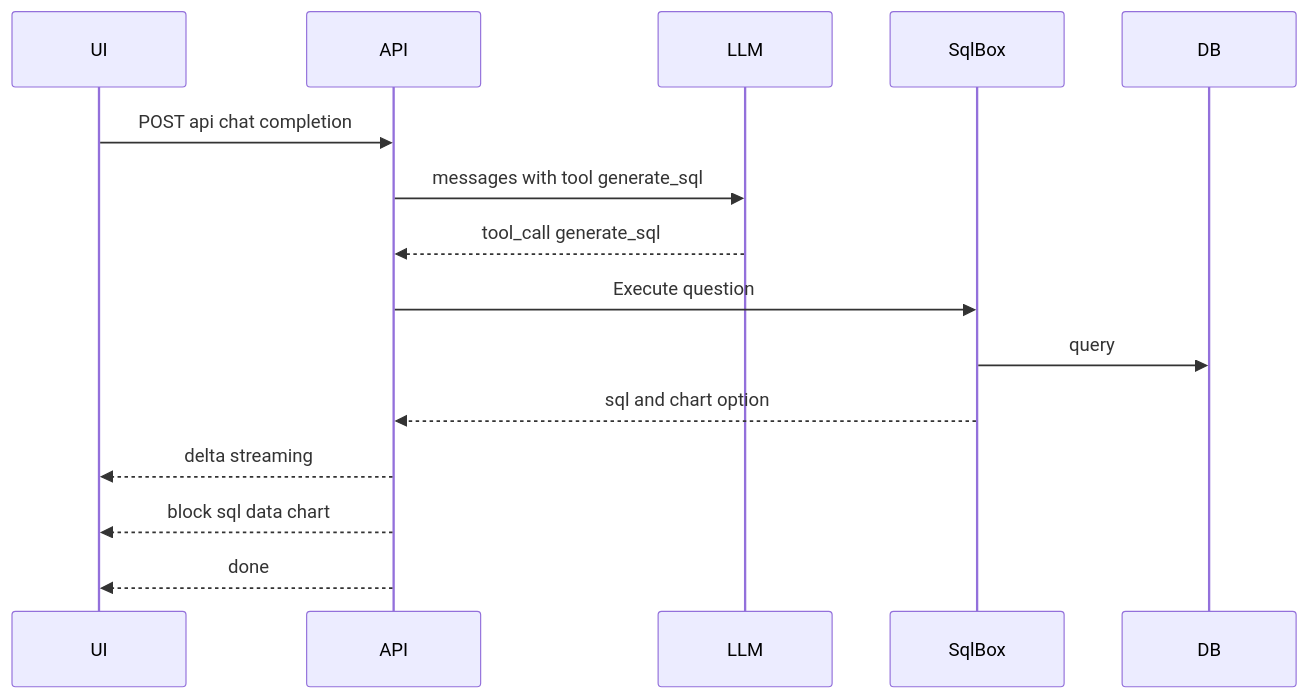
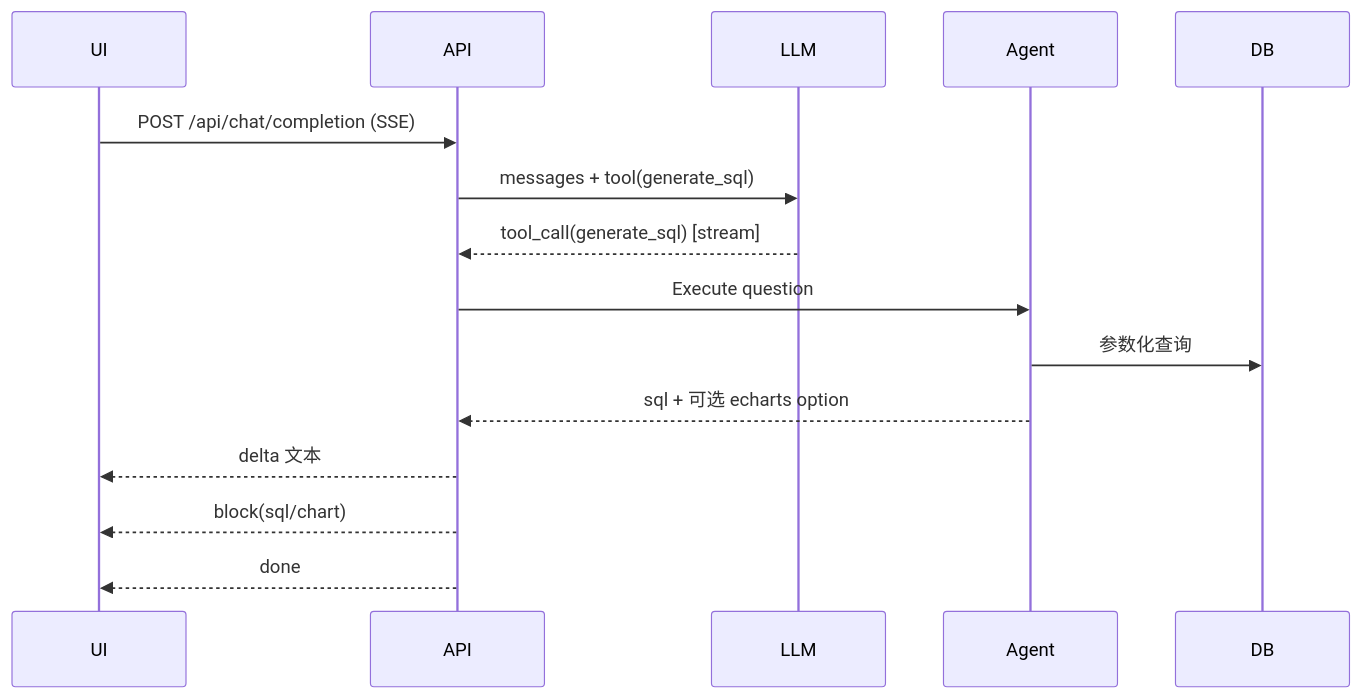
One commit to AIDotNet/SQLAgent changed the second of 2 diagrams in README.zh-CN.md. Above: the diagram before and after it, drawn with Mermaid. The commit also changed other lines of this file and 1 other file, not shown here.

````diff
--- a/README.zh-CN.md
+++ b/README.zh-CN.md
@@ -36,16 +55,16 @@
 ```mermaid
 sequenceDiagram
   participant UI
   participant API
   participant LLM
-  participant SqlBox
-  UI->>API: POST api chat completion
-  API->>LLM: messages with tool generate_sql
-  LLM-->>API: tool_call generate_sql
-  API->>SqlBox: Execute question
-  SqlBox->>DB: query
-  SqlBox-->>API: sql and chart option
-  API-->>UI: delta streaming
-  API-->>UI: block sql data chart
+  participant Agent
+  UI->>API: POST /api/chat/completion (SSE)
+  API->>LLM: messages + tool(generate_sql)
+  LLM-->>API: tool_call(generate_sql) [stream]
+  API->>Agent: Execute question
+  Agent->>DB: 参数化查询
+  Agent-->>API: sql + 可选 echarts option
+  API-->>UI: delta 文本
+  API-->>UI: block(sql/chart)
   API-->>UI: done
 ```
````
